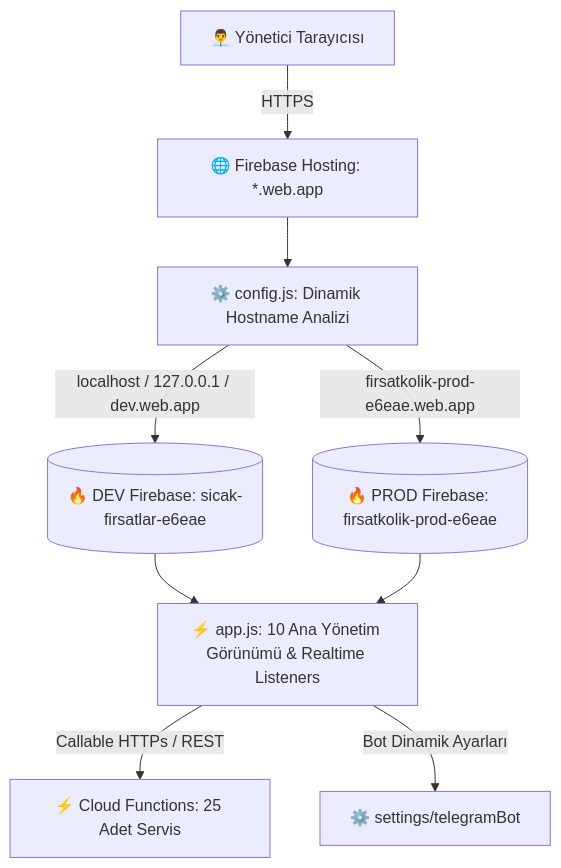
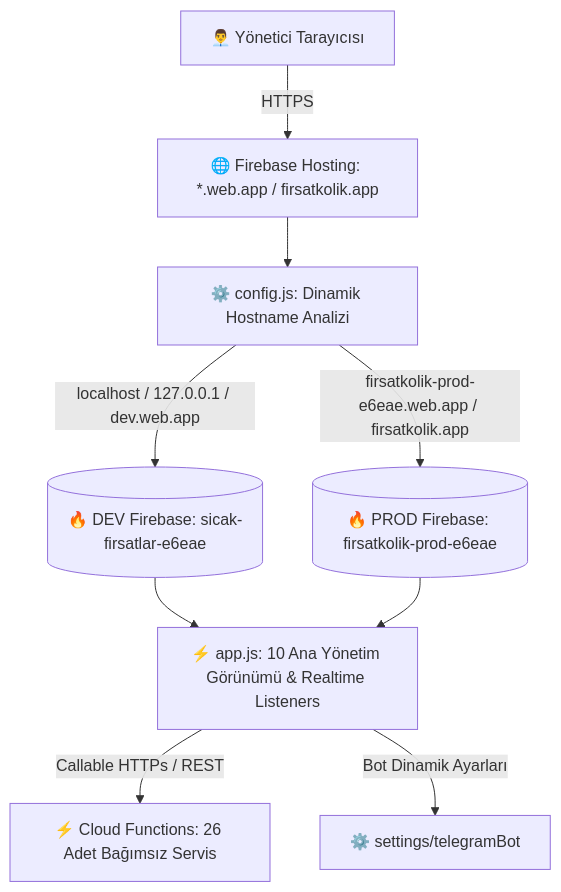
One commit to gky61/s-cak-f-rsatlar changed the diagram in documentation/mimari-ve-sistem/web_admin_paneli_rehberi.md. Above: the diagram before and after it, drawn with Mermaid. The commit also changed other lines of this file and 67 other files, not shown here.

First line of the commit message:
feat(admin): modernize expired deals view, optimize web admin dashboard and sync architecture

````diff
--- a/documentation/mimari-ve-sistem/web_admin_paneli_rehberi.md
+++ b/documentation/mimari-ve-sistem/web_admin_paneli_rehberi.md
@@ -14,13 +14,13 @@
 ```mermaid
 graph TD
-    User[👨‍💼 Yönetici Tarayıcısı] -->|HTTPS| Hosting[🌐 Firebase Hosting: *.web.app]
+    User[👨‍💼 Yönetici Tarayıcısı] -->|HTTPS| Hosting[🌐 Firebase Hosting: *.web.app / firsatkolik.app]
     Hosting --> Config[⚙️ config.js: Dinamik Hostname Analizi]
     Config -->|localhost / 127.0.0.1 / dev.web.app| DevFB[(🔥 DEV Firebase: sicak-firsatlar-e6eae)]
-    Config -->|firsatkolik-prod-e6eae.web.app| ProdFB[(🔥 PROD Firebase: firsatkolik-prod-e6eae)]
+    Config -->|firsatkolik-prod-e6eae.web.app / firsatkolik.app| ProdFB[(🔥 PROD Firebase: firsatkolik-prod-e6eae)]
     
     DevFB --> AppJS[⚡ app.js: 10 Ana Yönetim Görünümü & Realtime Listeners]
     ProdFB --> AppJS
     
-    AppJS -->|Callable HTTPs / REST| Functions[⚡ Cloud Functions: 25 Adet Servis]
+    AppJS -->|Callable HTTPs / REST| Functions[⚡ Cloud Functions: 26 Adet Bağımsız Servis]
     AppJS -->|Bot Dinamik Ayarları| BotSettings[⚙️ settings/telegramBot]
 ```
````
